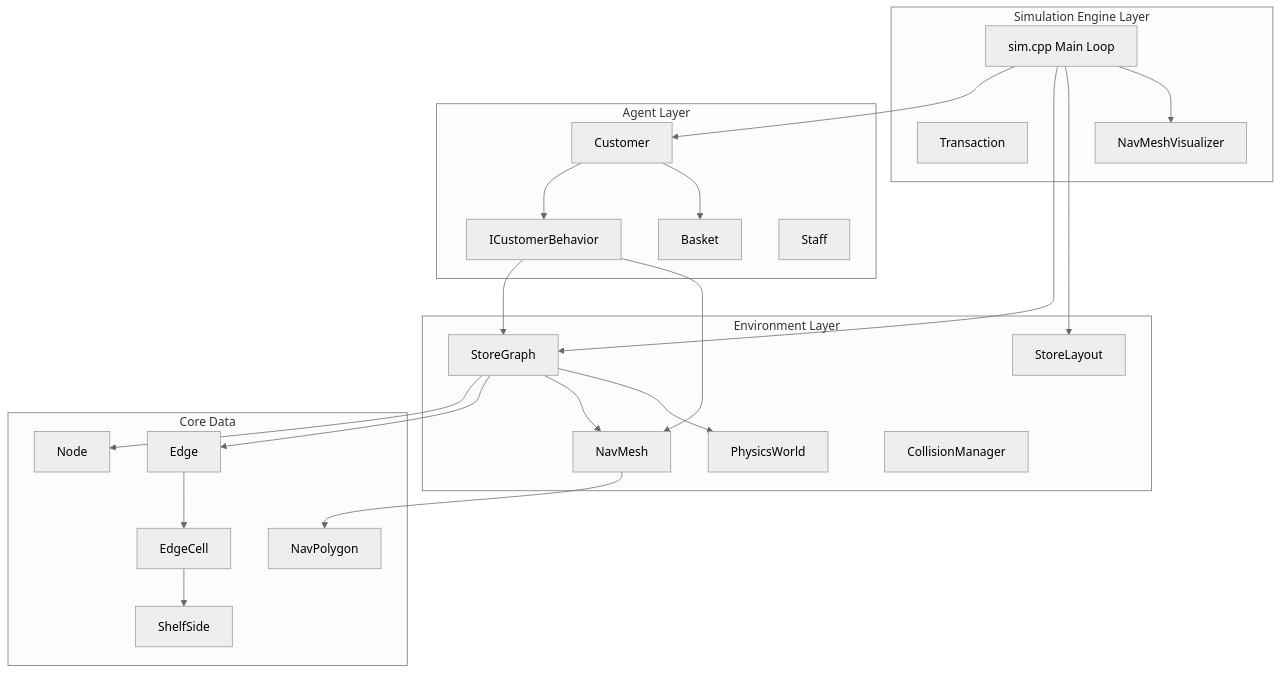
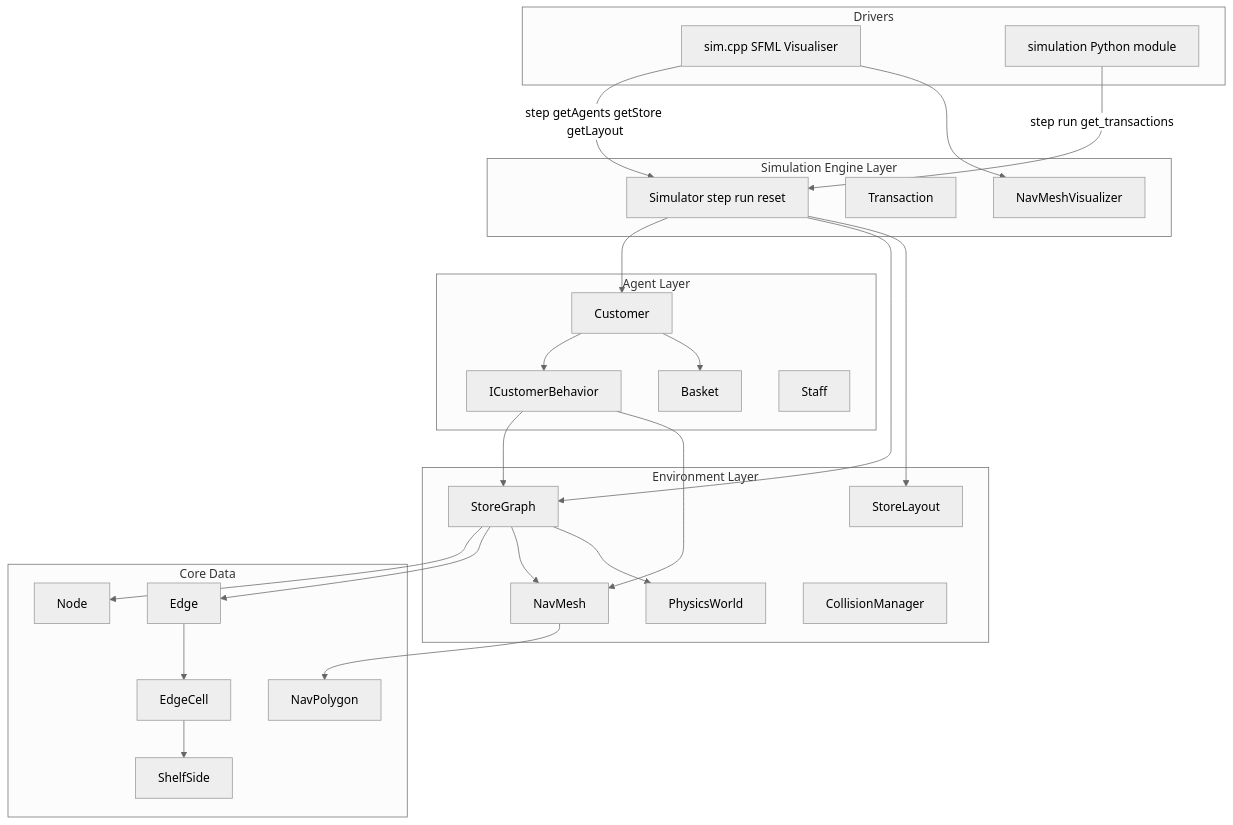
The first of 3 diagrams in cxx/docs/ARCHITECTURE.md (KristianKrattiger/PriceRiot), drawn with Mermaid (neutral theme) before and after one commit. The commit also changed other lines of this file and 46 other files, not shown here.

````diff
--- a/cxx/docs/ARCHITECTURE.md
+++ b/cxx/docs/ARCHITECTURE.md
@@ -7,47 +7,54 @@
 ```mermaid
 flowchart TB
+    subgraph Drivers [Drivers]
+        sim_cpp[sim.cpp SFML Visualiser]
+        py_mod[simulation Python module]
+    end
+
     subgraph SimLayer [Simulation Engine Layer]
-        sim[sim.cpp Main Loop]
+        Simulator[Simulator step run reset]
         transaction[Transaction]
         navmeshViz[NavMeshVisualizer]
     end
 
     subgraph AgentLayer [Agent Layer]
         Customer[Customer]
         Behavior[ICustomerBehavior]
         Basket[Basket]
         Staff[Staff]
     end
 
     subgraph EnvLayer [Environment Layer]
         StoreGraph[StoreGraph]
         StoreLayout[StoreLayout]
         NavMesh[NavMesh]
         PhysicsWorld[PhysicsWorld]
         CollisionMgr[CollisionManager]
     end
 
     subgraph CoreData [Core Data]
         Node[Node]
         Edge[Edge]
         EdgeCell[EdgeCell]
         NavPolygon[NavPolygon]
         ShelfSide[ShelfSide]
     end
 
-    sim --> Customer
-    sim --> StoreGraph
-    sim --> StoreLayout
-    sim --> navmeshViz
+    sim_cpp -->|step getAgents getStore getLayout| Simulator
+    py_mod -->|step run get_transactions| Simulator
+    Simulator --> Customer
+    Simulator --> StoreGraph
+    Simulator --> StoreLayout
+    sim_cpp --> navmeshViz
     Customer --> Behavior
     Customer --> Basket
     Behavior --> StoreGraph
     Behavior --> NavMesh
     StoreGraph --> Node
     StoreGraph --> Edge
     StoreGraph --> NavMesh
     StoreGraph --> PhysicsWorld
     Edge --> EdgeCell
     EdgeCell --> ShelfSide
     NavMesh --> NavPolygon
 ```
````
